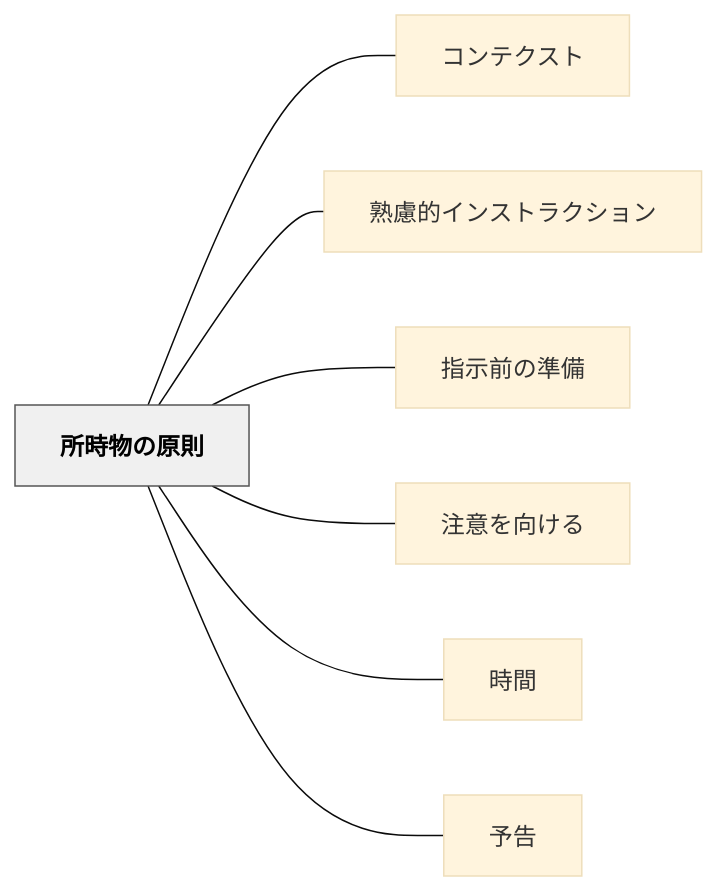
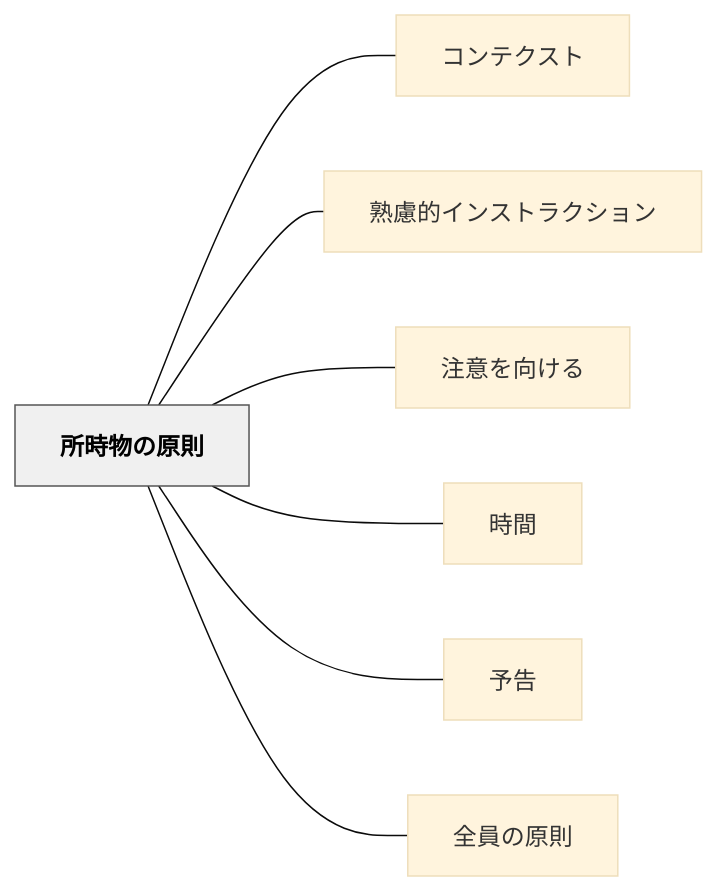
Before and after one commit to unknownthings-ed-patterns/unknownthings-ed-patterns: the diagram in content/パタン/所時物の原則.md, drawn with Mermaid (base theme). The commit also changed other lines of this file and 41 other files, not shown here.

````diff
--- a/content/パタン/所時物の原則.md
+++ b/content/パタン/所時物の原則.md
@@ -36,20 +46,20 @@
 ```mermaid
 flowchart LR
     ne68980e69982e789a9e381aee58e9fe58987["所時物の原則"]
     ne382b3e383b3e38386e382afe382b9e38388["コンテクスト"]
     ne7869fe685aee79a84e382a4e383b3e382b9e38388e383a9e382afe382b7e383a7e383b3["熟慮的インストラクション"]
-    ne68c87e7a4bae5898de381aee6ba96e58299["指示前の準備"]
     ne6b3a8e6848fe38292e59091e38191e3828b["注意を向ける"]
     ne69982e99693["時間"]
     ne4ba88e5918a["予告"]
+    ne585a8e593a1e381aee58e9fe58987["全員の原則"]
 
     ne68980e69982e789a9e381aee58e9fe58987 --- ne382b3e383b3e38386e382afe382b9e38388
     ne68980e69982e789a9e381aee58e9fe58987 --- ne7869fe685aee79a84e382a4e383b3e382b9e38388e383a9e382afe382b7e383a7e383b3
-    ne68980e69982e789a9e381aee58e9fe58987 --- ne68c87e7a4bae5898de381aee6ba96e58299
     ne68980e69982e789a9e381aee58e9fe58987 --- ne6b3a8e6848fe38292e59091e38191e3828b
     ne68980e69982e789a9e381aee58e9fe58987 --- ne69982e99693
     ne68980e69982e789a9e381aee58e9fe58987 --- ne4ba88e5918a
+    ne68980e69982e789a9e381aee58e9fe58987 --- ne585a8e593a1e381aee58e9fe58987
 
     classDef hub fill:#f0f0f0,stroke:#555,color:#000,font-weight:bold
     class ne68980e69982e789a9e381aee58e9fe58987 hub
 ```
````
